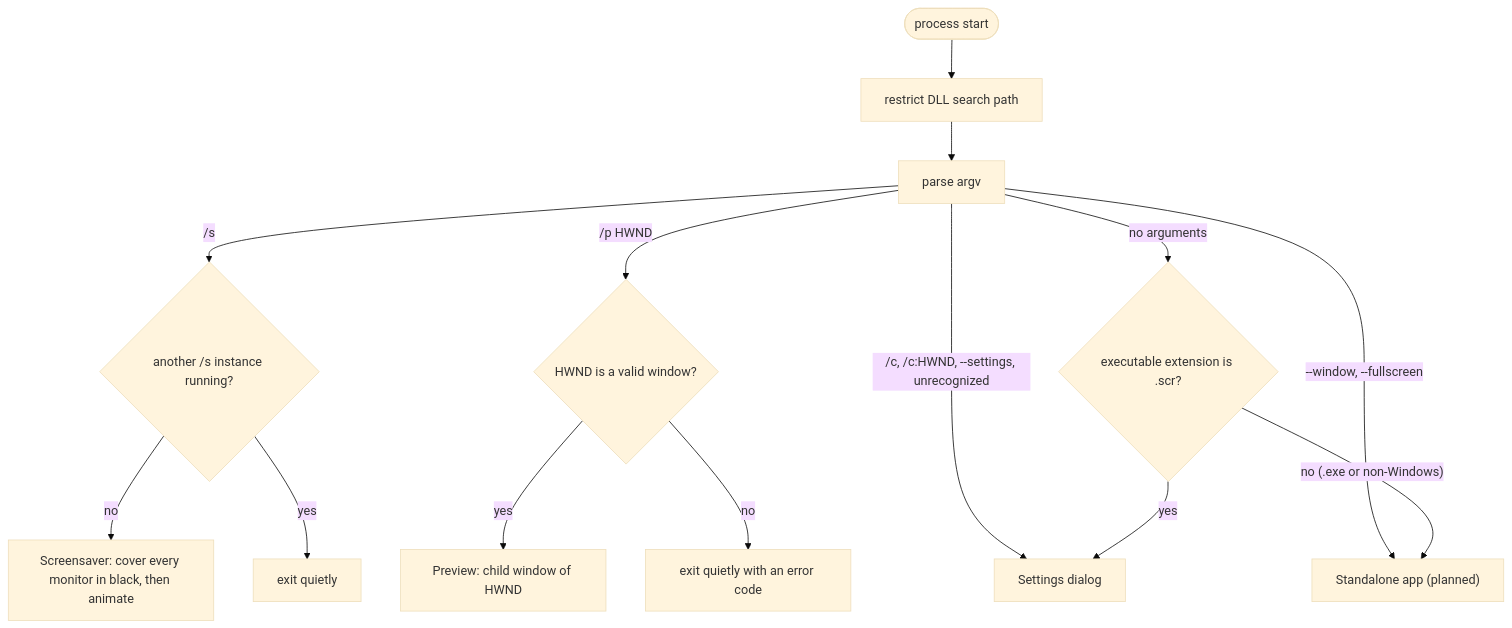
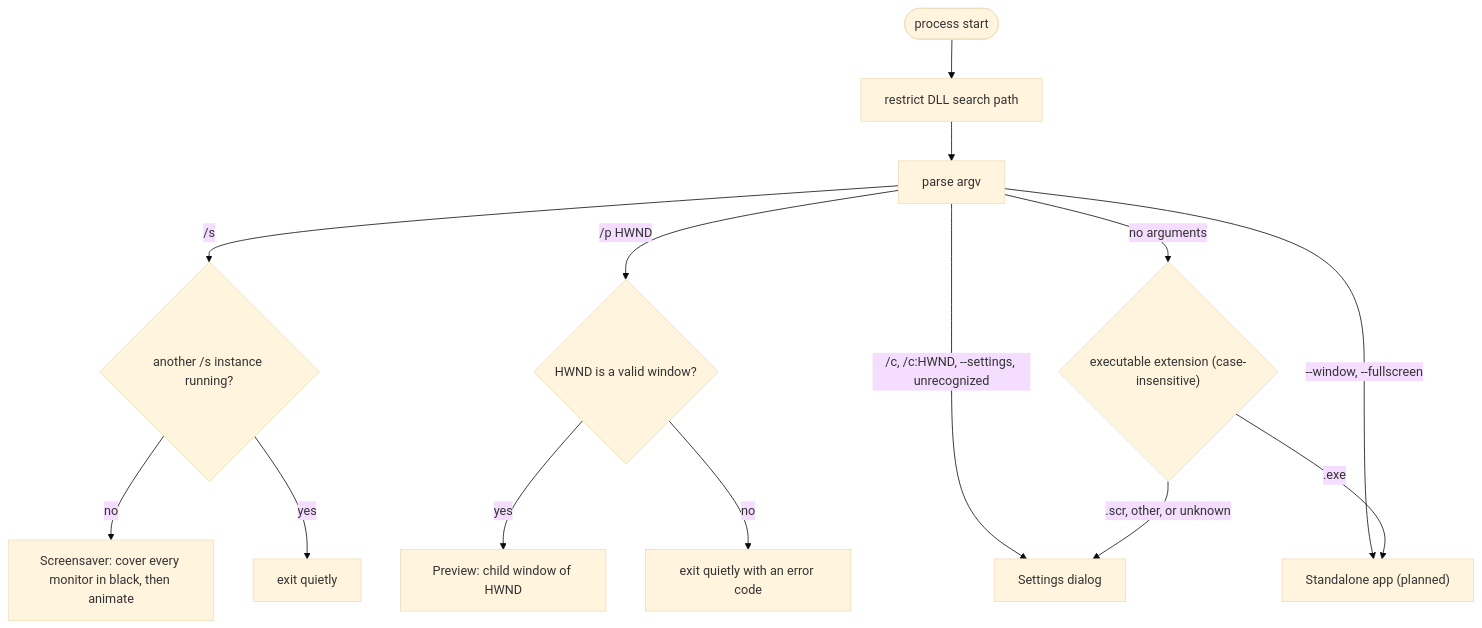
One commit to suchi/flying-microwave changed the second of 3 diagrams in docs/design/architecture.md. Above: the diagram before and after it, drawn with Mermaid (base theme). The commit also changed other lines of this file and 1 other file, not shown here.

````diff
--- a/docs/design/architecture.md
+++ b/docs/design/architecture.md
@@ -88,16 +88,16 @@
 ```mermaid
 flowchart TD
     start(["process start"]) --> harden["restrict DLL search path"]
     harden --> parse["parse argv"]
     parse -->|"/s"| single{"another /s instance running?"}
     single -->|"no"| saver["Screensaver: cover every monitor in black, then animate"]
     single -->|"yes"| quit1["exit quietly"]
     parse -->|"/p HWND"| valid{"HWND is a valid window?"}
     valid -->|"yes"| preview["Preview: child window of HWND"]
     valid -->|"no"| quit2["exit quietly with an error code"]
     parse -->|"/c, /c:HWND, --settings, unrecognized"| settings["Settings dialog"]
     parse -->|"--window, --fullscreen"| standalone["Standalone app (planned)"]
-    parse -->|"no arguments"| ext{"executable extension is .scr?"}
-    ext -->|"yes"| settings
-    ext -->|"no (.exe or non-Windows)"| standalone
+    parse -->|"no arguments"| ext{"executable extension (case-insensitive)"}
+    ext -->|".scr, other, or unknown"| settings
+    ext -->|".exe"| standalone
 ```
````
